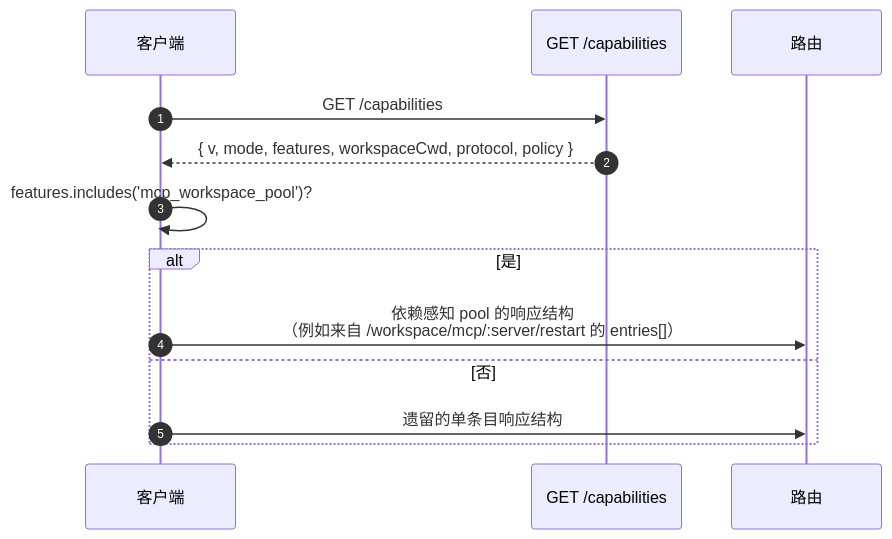
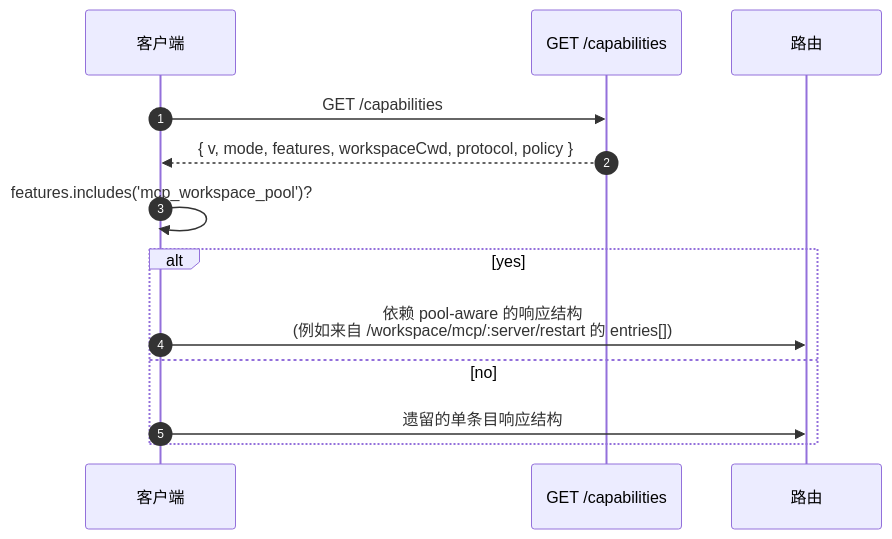
The second of 2 diagrams in website/content/zh/developers/daemon/11-capabilities-versioning.md (QwenLM/qwen-code-docs), drawn with Mermaid before and after one commit. The commit also changed other lines of this file and 128 other files, not shown here.

````diff
--- a/website/content/zh/developers/daemon/11-capabilities-versioning.md
+++ b/website/content/zh/developers/daemon/11-capabilities-versioning.md
@@ -142,16 +142,16 @@
 ```mermaid
 sequenceDiagram
     autonumber
     participant C as 客户端
     participant D as GET /capabilities
     participant R as 路由
 
     C->>D: GET /capabilities
     D-->>C: { v, mode, features, workspaceCwd, protocol, policy }
     C->>C: features.includes('mcp_workspace_pool')?
-    alt 是
-        C->>R: 依赖感知 pool 的响应结构<br/>（例如来自 /workspace/mcp/:server/restart 的 entries[]）
-    else 否
+    alt yes
+        C->>R: 依赖 pool-aware 的响应结构<br/>(例如来自 /workspace/mcp/:server/restart 的 entries[])
+    else no
         C->>R: 遗留的单条目响应结构
     end
 ```
````
